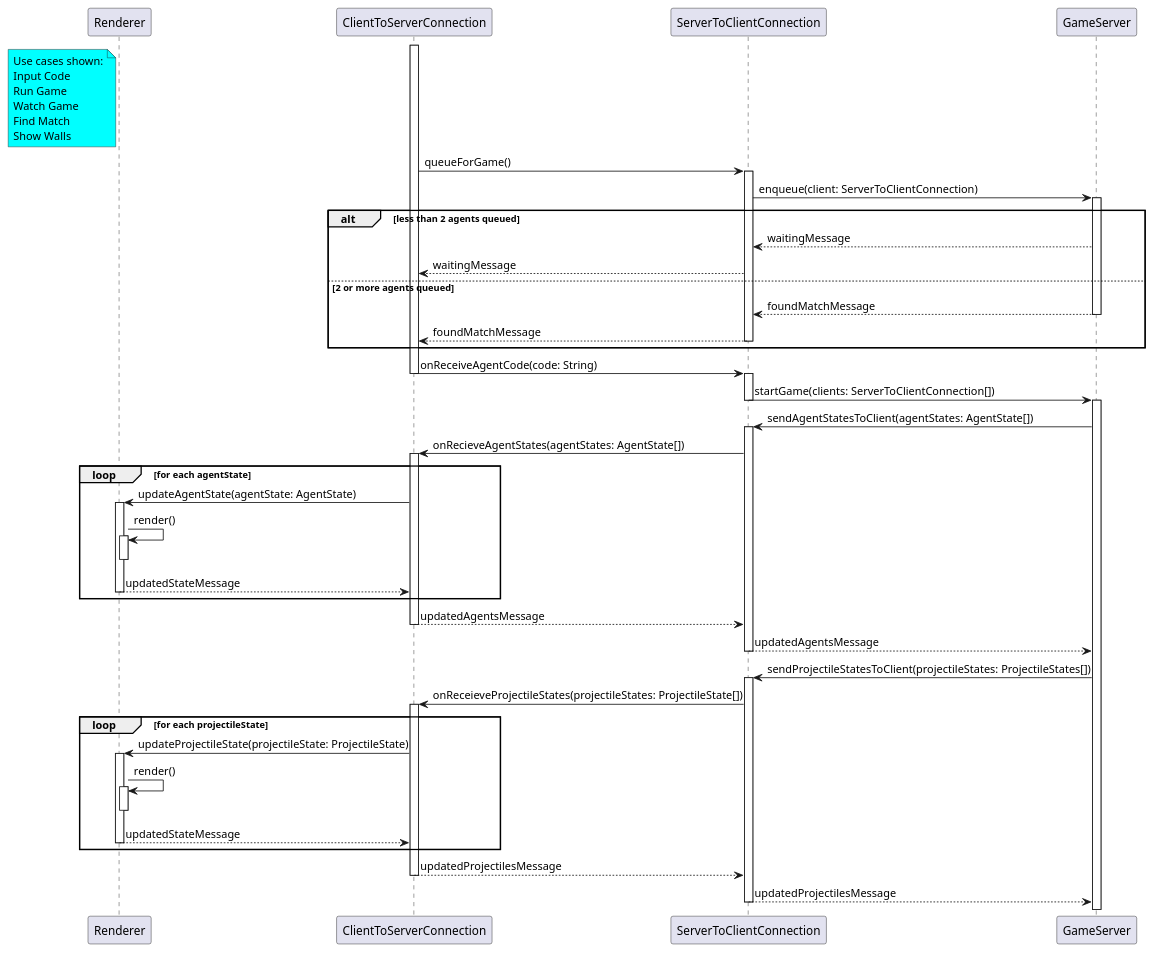
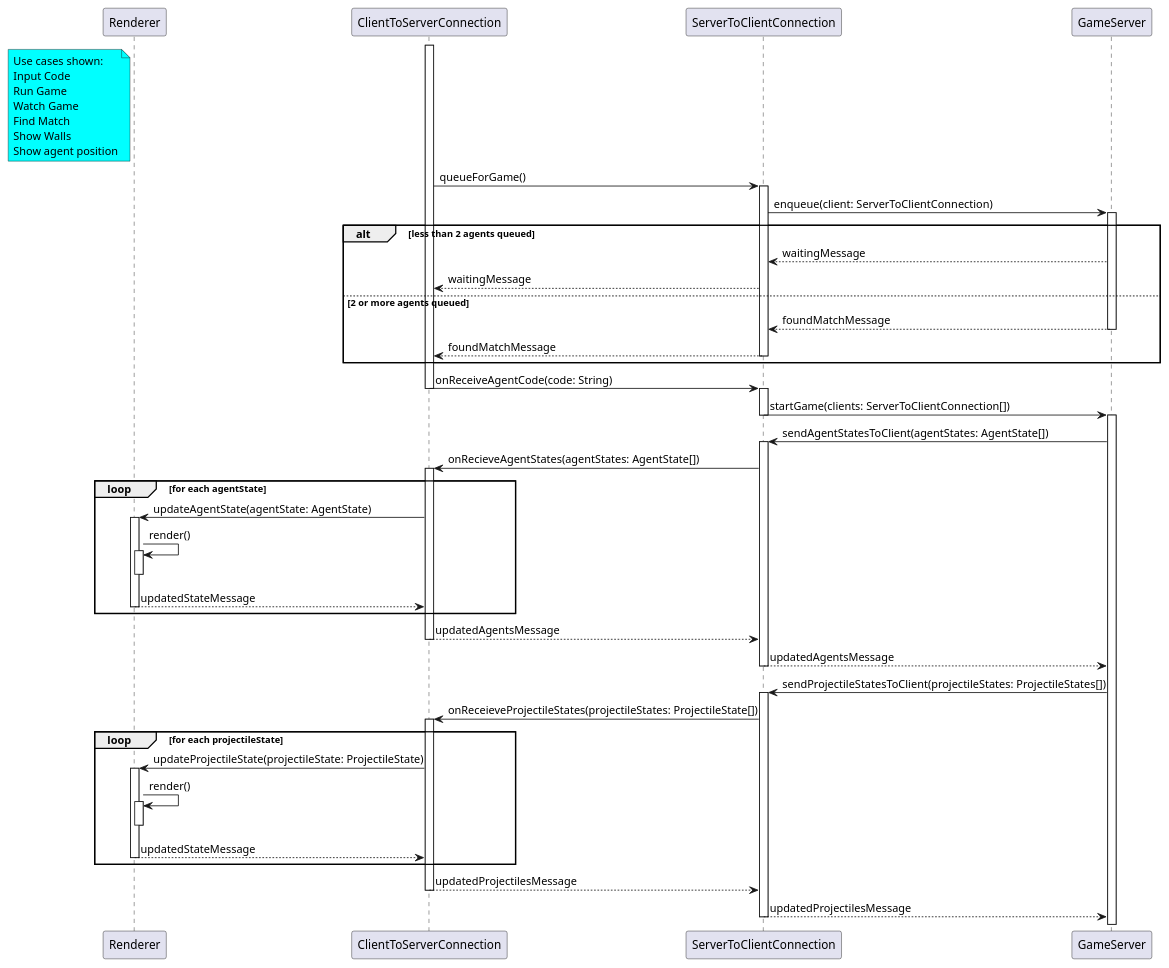
Before and after one commit to mayshukla/ece493-capstone: the diagram in sequence diagram 1.wsd, drawn with PlantUML. The commit also changed 1 other file, not shown here.

Commit message:
added second sequence diagram

```diff
--- a/sequence diagram 1.wsd
+++ b/sequence diagram 1.wsd
@@ -1,60 +1,61 @@
 @startuml
 participant Renderer as r
 participant ClientToServerConnection as c
 participant ServerToClientConnection as s
 participant GameServer as gs
 note left of r #aqua
 Use cases shown:
 Input Code
 Run Game
 Watch Game
 Find Match
 Show Walls
+Show agent position
 end note
 activate c
 c -> s: queueForGame()
 activate s
 s -> gs: enqueue(client: ServerToClientConnection)
 activate gs
 alt less than 2 agents queued
     gs --> s: waitingMessage
     s --> c: waitingMessage
 else 2 or more agents queued
     return foundMatchMessage
     return foundMatchMessage
 end
 c -> s: onReceiveAgentCode(code: String)
 deactivate c
 activate s
 s -> gs: startGame(clients: ServerToClientConnection[])
 deactivate s
 activate gs
 gs -> s: sendAgentStatesToClient(agentStates: AgentState[])
 activate s
 s -> c: onRecieveAgentStates(agentStates: AgentState[])
 activate c
 loop for each agentState
     c -> r: updateAgentState(agentState: AgentState)
     activate r
     r -> r: render()
     activate r
     deactivate r
     return updatedStateMessage
 end
 return updatedAgentsMessage
 return updatedAgentsMessage
 gs -> s: sendProjectileStatesToClient(projectileStates: ProjectileStates[])
 activate s
 s -> c: onReceieveProjectileStates(projectileStates: ProjectileState[])
 activate c
 loop for each projectileState
     c -> r: updateProjectileState(projectileState: ProjectileState)
     activate r
     r -> r: render()
     activate r
     deactivate r
     return updatedStateMessage
 end
 return updatedProjectilesMessage
 return updatedProjectilesMessage
 @enduml
```
